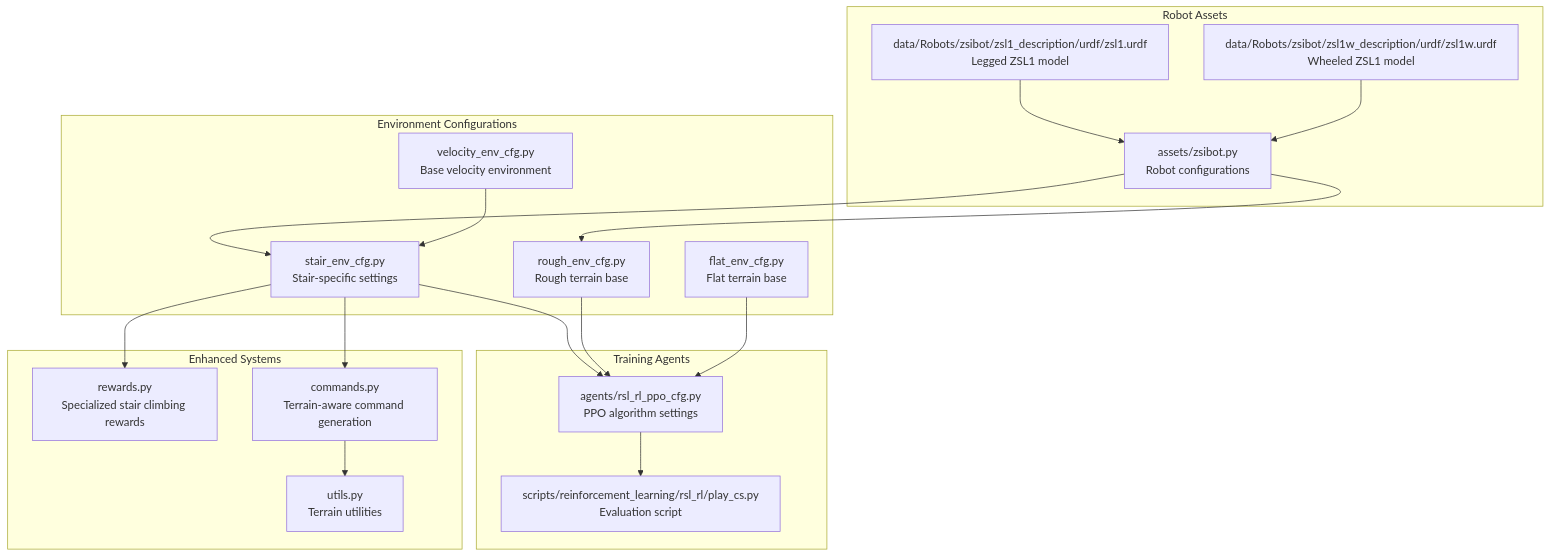
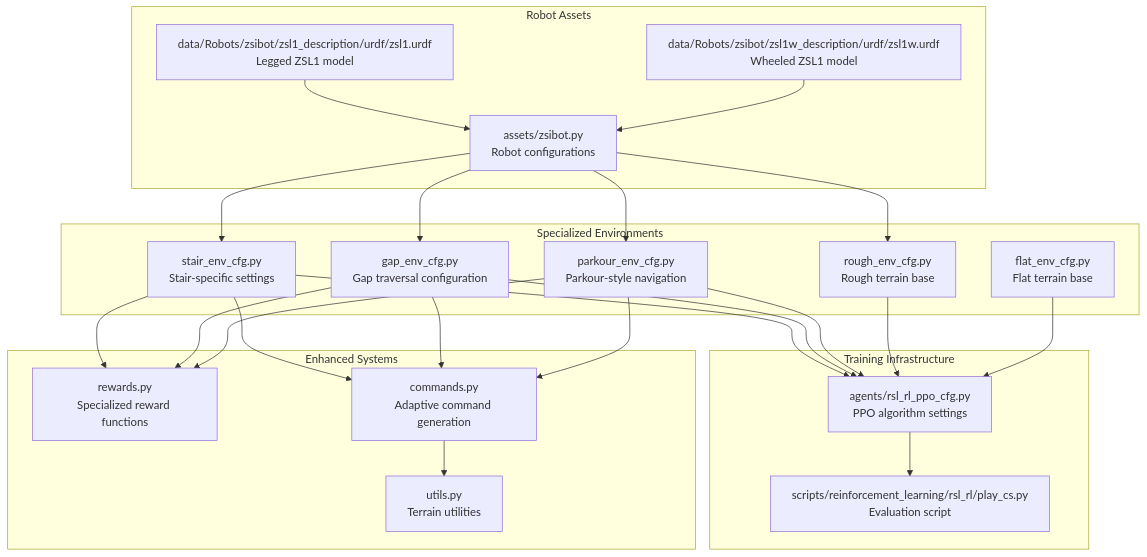
The first of 10 diagrams in .qoder/repowiki/en/content/ZSIBOT ZSL1 Stair Climbing Configuration.md (jayjayhust/robot_lab), drawn with Mermaid before and after one commit. The commit also changed other lines of this file and 9 other files, not shown here.

````diff
--- a/.qoder/repowiki/en/content/ZSIBOT ZSL1 Stair Climbing Configuration.md
+++ b/.qoder/repowiki/en/content/ZSIBOT ZSL1 Stair Climbing Configuration.md
@@ -51,35 +56,43 @@
 ```mermaid
 graph TB
 subgraph "Robot Assets"
 ZSIBOT_PY["assets/zsibot.py<br/>Robot configurations"]
 ZSL1_URDF["data/Robots/zsibot/zsl1_description/urdf/zsl1.urdf<br/>Legged ZSL1 model"]
 ZSL1W_URDF["data/Robots/zsibot/zsl1w_description/urdf/zsl1w.urdf<br/>Wheeled ZSL1 model"]
 end
-subgraph "Environment Configurations"
+subgraph "Specialized Environments"
 STAIR_CFG["stair_env_cfg.py<br/>Stair-specific settings"]
+GAP_CFG["gap_env_cfg.py<br/>Gap traversal configuration"]
+PARKOUR_CFG["parkour_env_cfg.py<br/>Parkour-style navigation"]
 ROUGH_CFG["rough_env_cfg.py<br/>Rough terrain base"]
 FLAT_CFG["flat_env_cfg.py<br/>Flat terrain base"]
-VEL_ENV["velocity_env_cfg.py<br/>Base velocity environment"]
 end
-subgraph "Training Agents"
+subgraph "Training Infrastructure"
 PPO_CFG["agents/rsl_rl_ppo_cfg.py<br/>PPO algorithm settings"]
 PLAY_CS["scripts/reinforcement_learning/rsl_rl/play_cs.py<br/>Evaluation script"]
 end
 subgraph "Enhanced Systems"
-REWARDS["rewards.py<br/>Specialized stair climbing rewards"]
-COMMANDS["commands.py<br/>Terrain-aware command generation"]
+REWARDS["rewards.py<br/>Specialized reward functions"]
+COMMANDS["commands.py<br/>Adaptive command generation"]
 UTILS["utils.py<br/>Terrain utilities"]
 end
 ZSIBOT_PY --> STAIR_CFG
+ZSIBOT_PY --> GAP_CFG
+ZSIBOT_PY --> PARKOUR_CFG
 ZSIBOT_PY --> ROUGH_CFG
 ZSL1_URDF --> ZSIBOT_PY
 ZSL1W_URDF --> ZSIBOT_PY
 STAIR_CFG --> PPO_CFG
+GAP_CFG --> PPO_CFG
+PARKOUR_CFG --> PPO_CFG
 ROUGH_CFG --> PPO_CFG
 FLAT_CFG --> PPO_CFG
 PPO_CFG --> PLAY_CS
 STAIR_CFG --> REWARDS
+GAP_CFG --> REWARDS
+PARKOUR_CFG --> REWARDS
 STAIR_CFG --> COMMANDS
+GAP_CFG --> COMMANDS
+PARKOUR_CFG --> COMMANDS
 COMMANDS --> UTILS
-VEL_ENV --> STAIR_CFG
 ```
````
